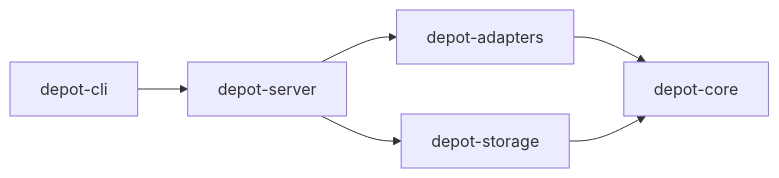
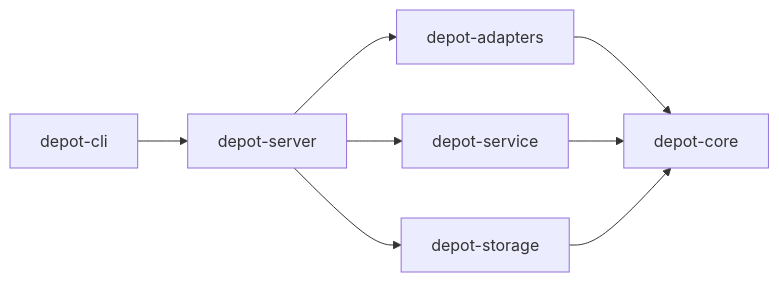
One commit to Goldziher/depot changed the third of 3 diagrams in docs/architecture.md. Above: the diagram before and after it, drawn with Mermaid. The commit also changed other lines of this file and 43 other files, not shown here.

````diff
--- a/docs/architecture.md
+++ b/docs/architecture.md
@@ -118,8 +133,10 @@
 ```mermaid
 graph LR
     cli[depot-cli] --> server[depot-server]
     server --> adapters[depot-adapters]
+    server --> service[depot-service]
     server --> storage[depot-storage]
     adapters --> core[depot-core]
+    service --> core
     storage --> core
 ```
````
